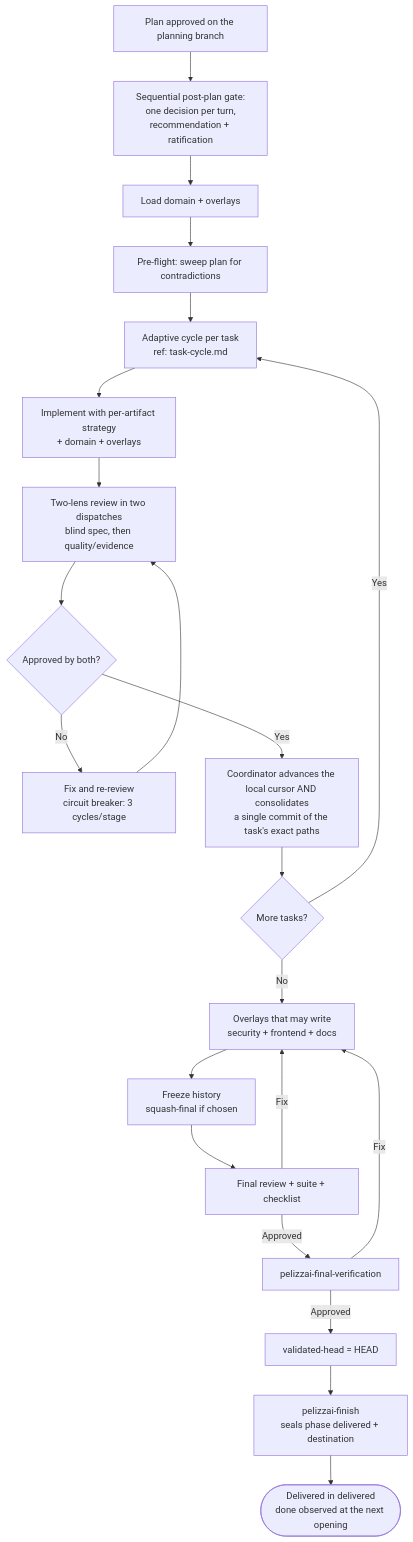
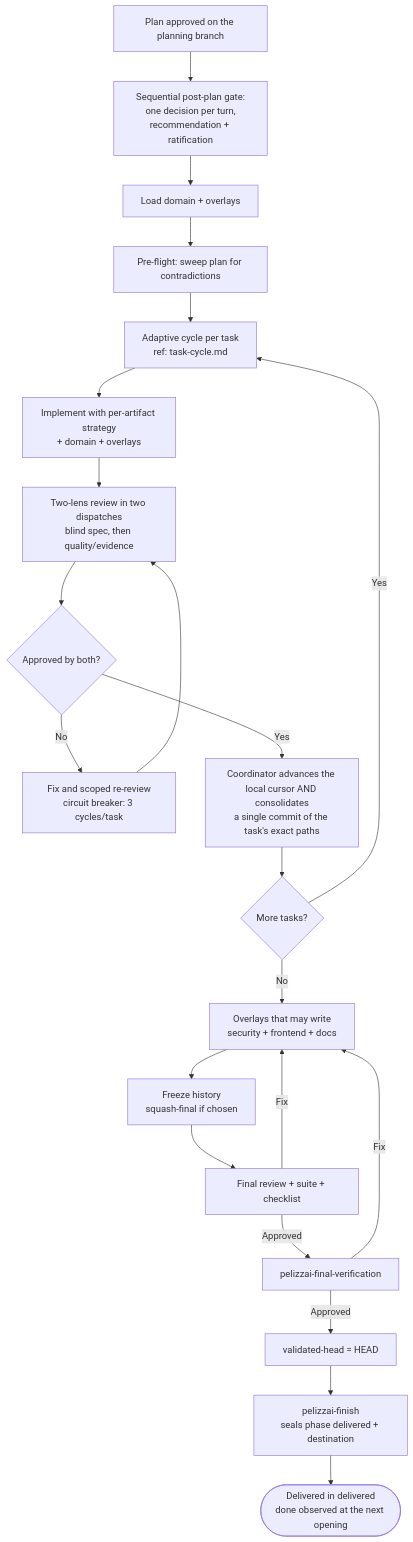
One commit to rpelizza/PelizzAI changed the diagram in dist/.claude/skills/pelizzai-execute/SKILL.md. Above: the diagram before and after it, drawn with Mermaid. The commit also changed other lines of this file and 19 other files, not shown here.

First line of the commit message:
feat(execute,review): custo proporcional do review — orçamento único de fix por task, re-review escopada, escalada por falha e effort da sessão como piso (issues #49/#50)

````diff
--- a/dist/.claude/skills/pelizzai-execute/SKILL.md
+++ b/dist/.claude/skills/pelizzai-execute/SKILL.md
@@ -265,24 +265,24 @@
 ```mermaid
 flowchart TD
     PL[Plan approved on the planning branch] --> GATE[Sequential post-plan gate:\none decision per turn,\nrecommendation + ratification]
     GATE --> DOM[Load domain + overlays]
     DOM --> PRE[Pre-flight: sweep plan for contradictions]
     PRE --> CY[Adaptive cycle per task\nref: task-cycle.md]
     CY --> T[Implement with per-artifact strategy\n+ domain + overlays]
     T --> RV[Two-lens review in two dispatches\nblind spec, then quality/evidence]
     RV --> Q{Approved by both?}
-    Q -- No --> FX[Fix and re-review\ncircuit breaker: 3 cycles/stage]
+    Q -- No --> FX[Fix and scoped re-review\ncircuit breaker: 3 cycles/task]
     FX --> RV
     Q -- Yes --> CM[Coordinator advances the local cursor AND consolidates\na single commit of the task's exact paths]
     CM --> MORE{More tasks?}
     MORE -- Yes --> CY
     MORE -- No --> OV[Overlays that may write\nsecurity + frontend + docs]
     OV --> CONS[Freeze history\nsquash-final if chosen]
     CONS --> VAL[Final review + suite + checklist]
     VAL -- Fix --> OV
     VAL -- Approved --> VC[pelizzai-final-verification]
     VC -- Fix --> OV
     VC -- Approved --> SEAL[validated-head = HEAD]
     SEAL --> FIN[pelizzai-finish\nseals phase delivered + destination]
     FIN --> done([Delivered in delivered\ndone observed at the next opening])
 ```
````
